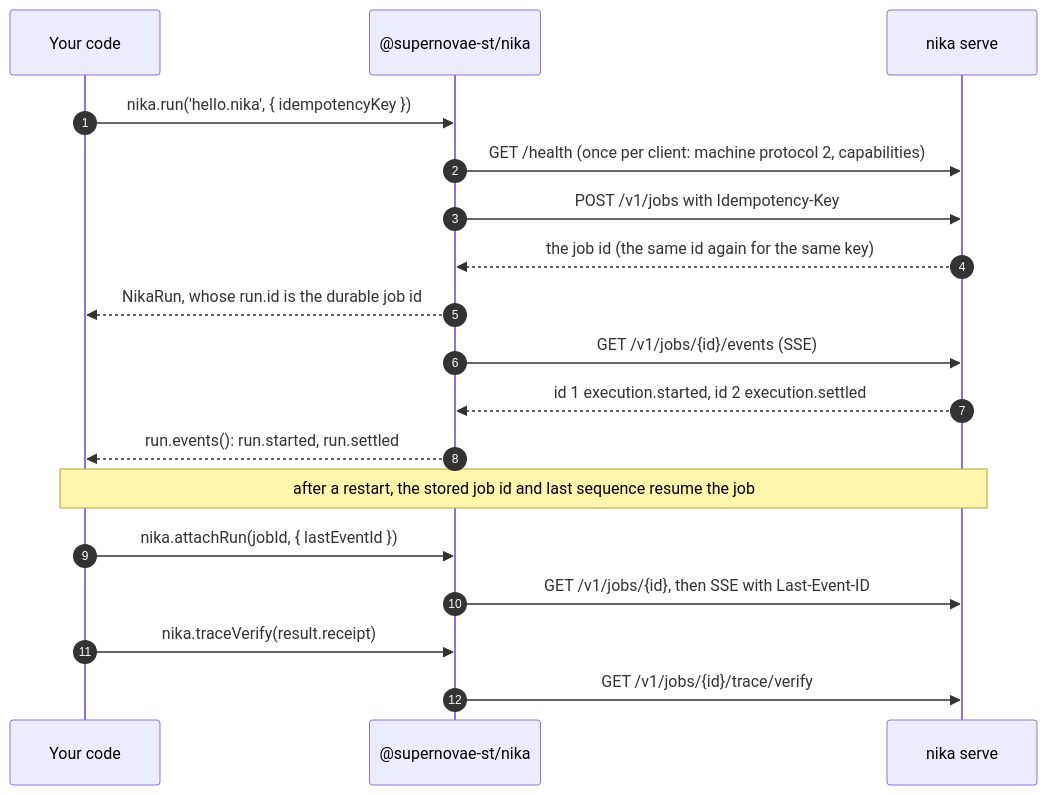
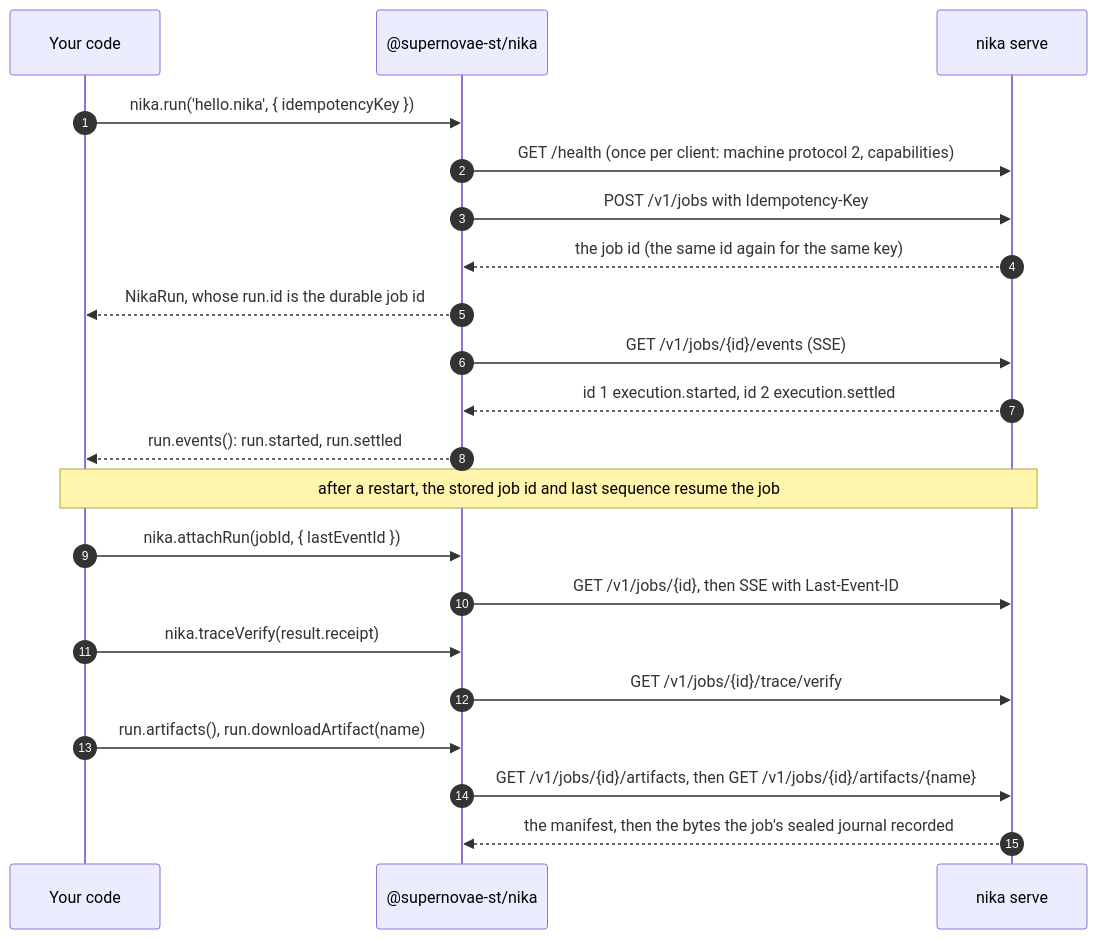
One commit to supernovae-st/nika-client changed the diagram in docs/server.md. Above: the diagram before and after it, drawn with Mermaid. The commit also changed other lines of this file and 45 other files, not shown here.

````diff
--- a/docs/server.md
+++ b/docs/server.md
@@ -11,20 +11,23 @@
 ```mermaid
 sequenceDiagram
   autonumber
   participant App as Your code
   participant SDK as @supernovae-st/nika
   participant Serve as nika serve
   App->>SDK: nika.run('hello.nika', { idempotencyKey })
   SDK->>Serve: GET /health (once per client: machine protocol 2, capabilities)
   SDK->>Serve: POST /v1/jobs with Idempotency-Key
   Serve-->>SDK: the job id (the same id again for the same key)
   SDK-->>App: NikaRun, whose run.id is the durable job id
   SDK->>Serve: GET /v1/jobs/{id}/events (SSE)
   Serve-->>SDK: id 1 execution.started, id 2 execution.settled
   SDK-->>App: run.events(): run.started, run.settled
   Note over App,Serve: after a restart, the stored job id and last sequence resume the job
   App->>SDK: nika.attachRun(jobId, { lastEventId })
   SDK->>Serve: GET /v1/jobs/{id}, then SSE with Last-Event-ID
   App->>SDK: nika.traceVerify(result.receipt)
   SDK->>Serve: GET /v1/jobs/{id}/trace/verify
+  App->>SDK: run.artifacts(), run.downloadArtifact(name)
+  SDK->>Serve: GET /v1/jobs/{id}/artifacts, then GET /v1/jobs/{id}/artifacts/{name}
+  Serve-->>SDK: the manifest, then the bytes the job's sealed journal recorded
 ```
````
